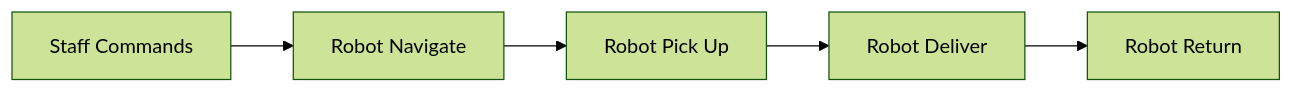
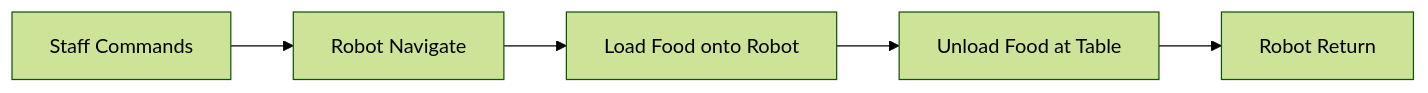
Before and after one commit to meimeimoimoi/PRM_SU26: the fifth of 5 diagrams in mermaid-diagrams.md, drawn with Mermaid (forest theme). The commit also changed 5 other files, not shown here.

````diff
--- a/mermaid-diagrams.md
+++ b/mermaid-diagrams.md
@@ -72,7 +72,7 @@
 ```mermaid
 flowchart LR
     A["Staff Commands"] --> B["Robot Navigate"]
-    B --> C["Robot Pick Up"]
-    C --> D["Robot Deliver"]
+    B --> C["Load Food onto Robot"]
+    C --> D["Unload Food at Table"]
     D --> E["Robot Return"]
 ```
````
